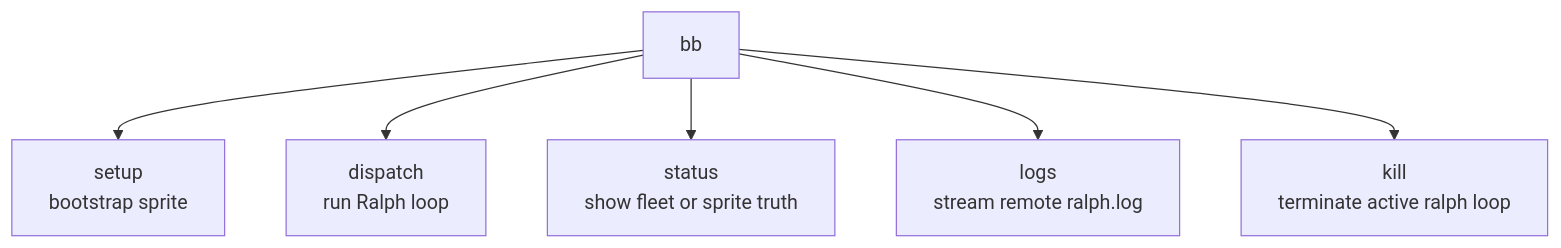
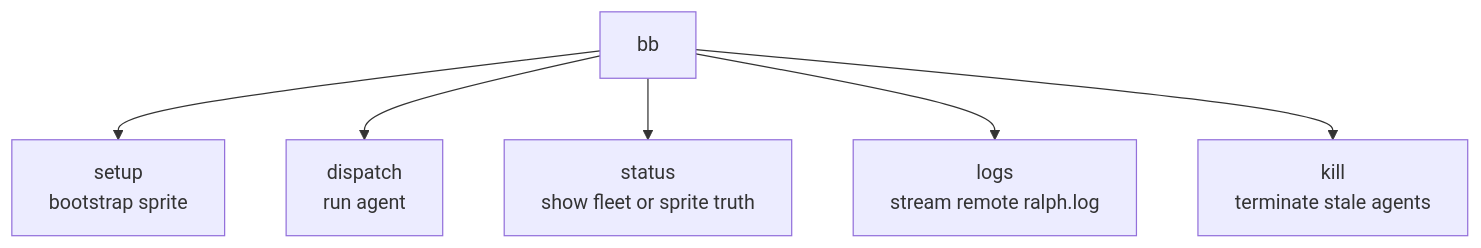
One commit to misty-step/bitterblossom changed the first of 5 diagrams in docs/architecture/bb-cli.md. Above: the diagram before and after it, drawn with Mermaid. The commit also changed other lines of this file and 38 other files, not shown here.

````diff
--- a/docs/architecture/bb-cli.md
+++ b/docs/architecture/bb-cli.md
@@ -16,8 +16,8 @@
 ```mermaid
 flowchart TD
     Root["bb"] --> Setup["setup\nbootstrap sprite"]
-    Root --> Dispatch["dispatch\nrun Ralph loop"]
+    Root --> Dispatch["dispatch\nrun agent"]
     Root --> Status["status\nshow fleet or sprite truth"]
     Root --> Logs["logs\nstream remote ralph.log"]
-    Root --> Kill["kill\nterminate active ralph loop"]
+    Root --> Kill["kill\nterminate stale agents"]
 ```
````
